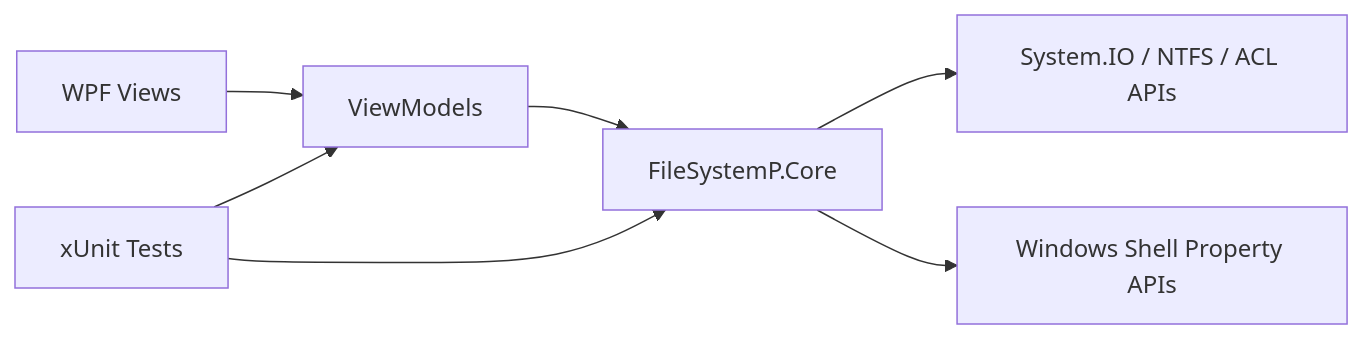
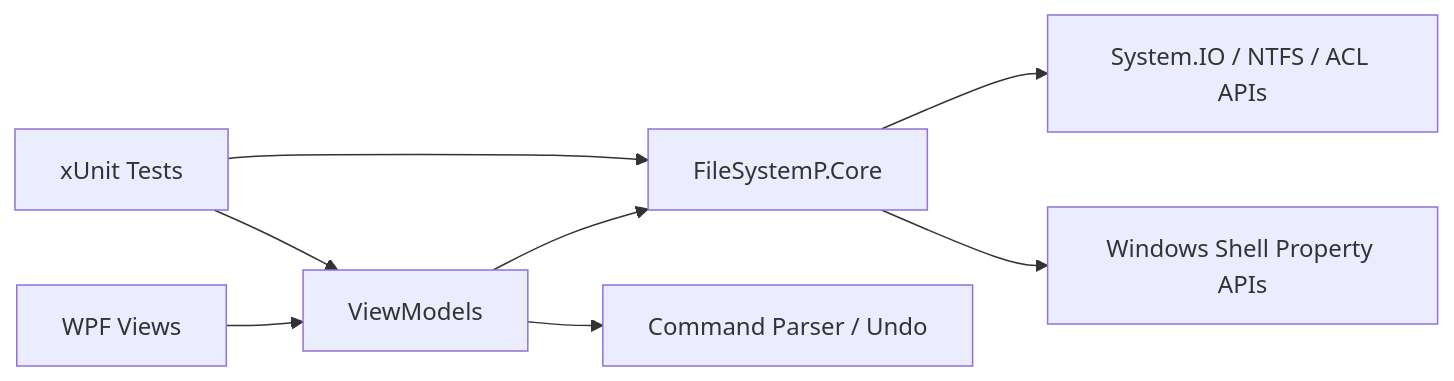
The first of 3 diagrams in README.md (vpro3611/ffsystem), drawn with Mermaid before and after one commit. The commit also changed other lines of this file and 3 other files, not shown here.

````diff
--- a/README.md
+++ b/README.md
@@ -26,9 +28,10 @@
 ```mermaid
 flowchart LR
     UI["WPF Views"] --> VM["ViewModels"]
     VM --> Core["FileSystemP.Core"]
+    VM --> Commands["Command Parser / Undo"]
     Core --> FS["System.IO / NTFS / ACL APIs"]
     Core --> Shell["Windows Shell Property APIs"]
     Tests["xUnit Tests"] --> Core
     Tests --> VM
 ```
````
